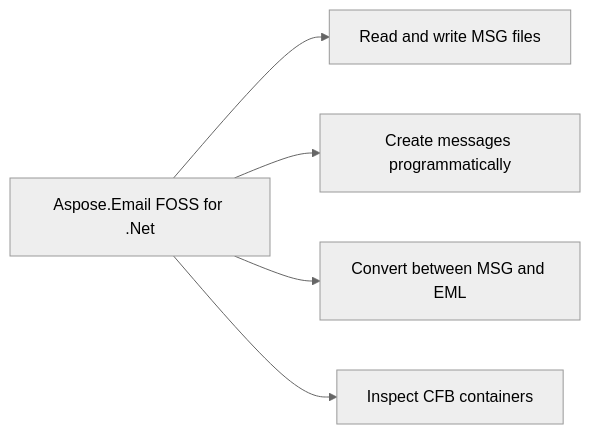
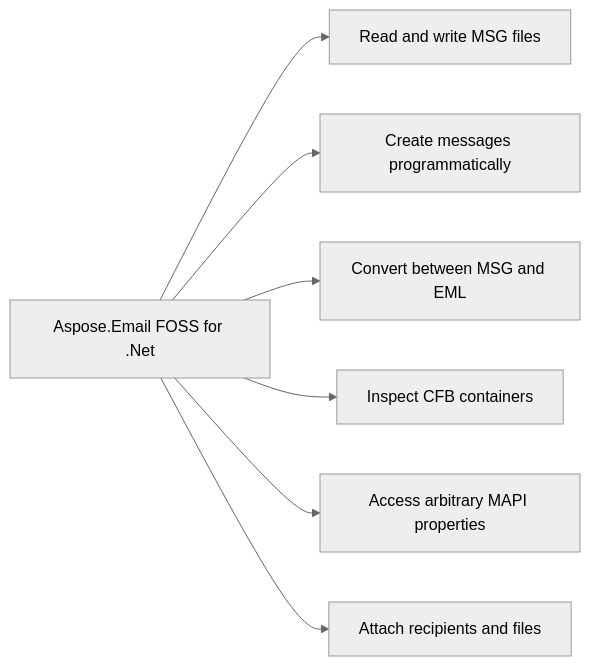
One commit to babar-raza/repo-presenter changed the diagram in 59125b4732df0eedbc4d4c2ab978698ed4348eb7/README.md. Above: the diagram before and after it, drawn with Mermaid (neutral theme). The commit also changed other lines of this file and 10 other files, not shown here.

Commit message:
bundle: aspose-email-foss/Aspose.Email-FOSS-for-.Net lane R 59125b4732df0eedbc4d4c2ab978698ed4348eb7

````diff
--- a/59125b4732df0eedbc4d4c2ab978698ed4348eb7/README.md
+++ b/59125b4732df0eedbc4d4c2ab978698ed4348eb7/README.md
@@ -25,11 +25,15 @@
 ```mermaid
 flowchart LR
 Product["Aspose.Email FOSS for .Net"]
 Product["Aspose.Email FOSS for .Net"] --> Cap1["Read and write MSG files"]
 Cap2["Create messages programmatically"]
 Cap3["Convert between MSG and EML"]
 Cap4["Inspect CFB containers"]
+Cap5["Access arbitrary MAPI properties"]
+Cap6["Attach recipients and files"]
 Product["Aspose.Email FOSS for .Net"] --> Cap2["Create messages programmatically"]
 Product["Aspose.Email FOSS for .Net"] --> Cap3["Convert between MSG and EML"]
 Product["Aspose.Email FOSS for .Net"] --> Cap4["Inspect CFB containers"]
+Product["Aspose.Email FOSS for .Net"] --> Cap5["Access arbitrary MAPI properties"]
+Product["Aspose.Email FOSS for .Net"] --> Cap6["Attach recipients and files"]
 ```
````
